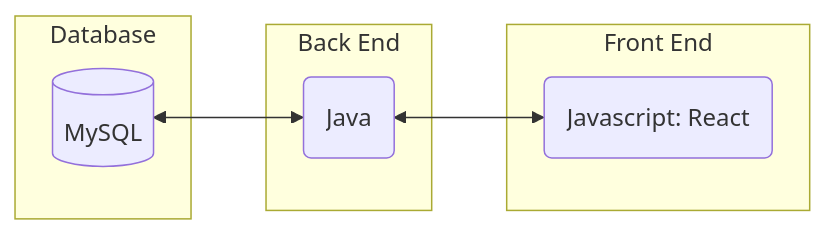
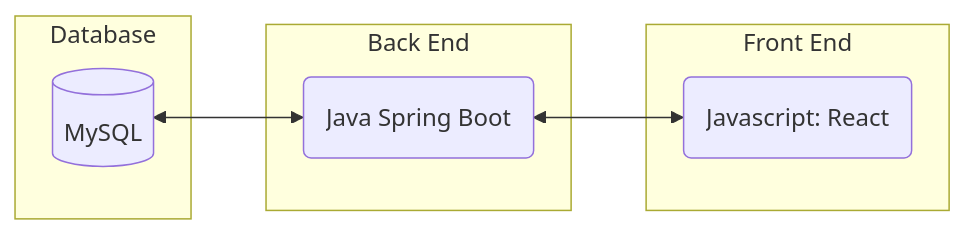
One commit to TGrim-03/March-Madness-Bets changed the first of 3 diagrams in README.md. Above: the diagram before and after it, drawn with Mermaid. The commit also changed other lines of this file, not shown here.

````diff
--- a/README.md
+++ b/README.md
@@ -41,17 +41,17 @@
 ```mermaid
 flowchart RL
 subgraph Front End
 	A(Javascript: React)
 end
 	
 subgraph Back End
-	B(Java)
+	B(Java Spring Boot)
 end
 	
 subgraph Database
 	C[(MySQL)]
 end
 
 A <-->|" "| B
 B <-->| | C
 ```
````
